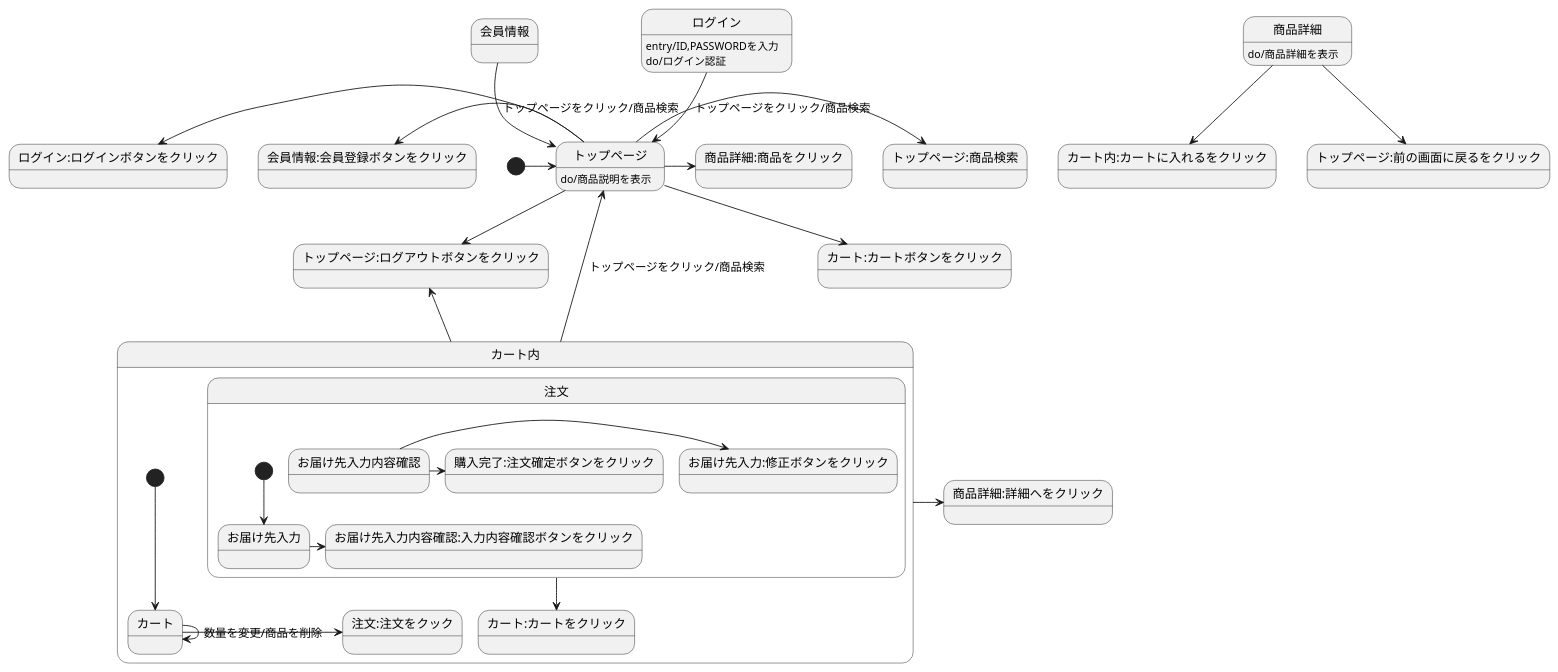
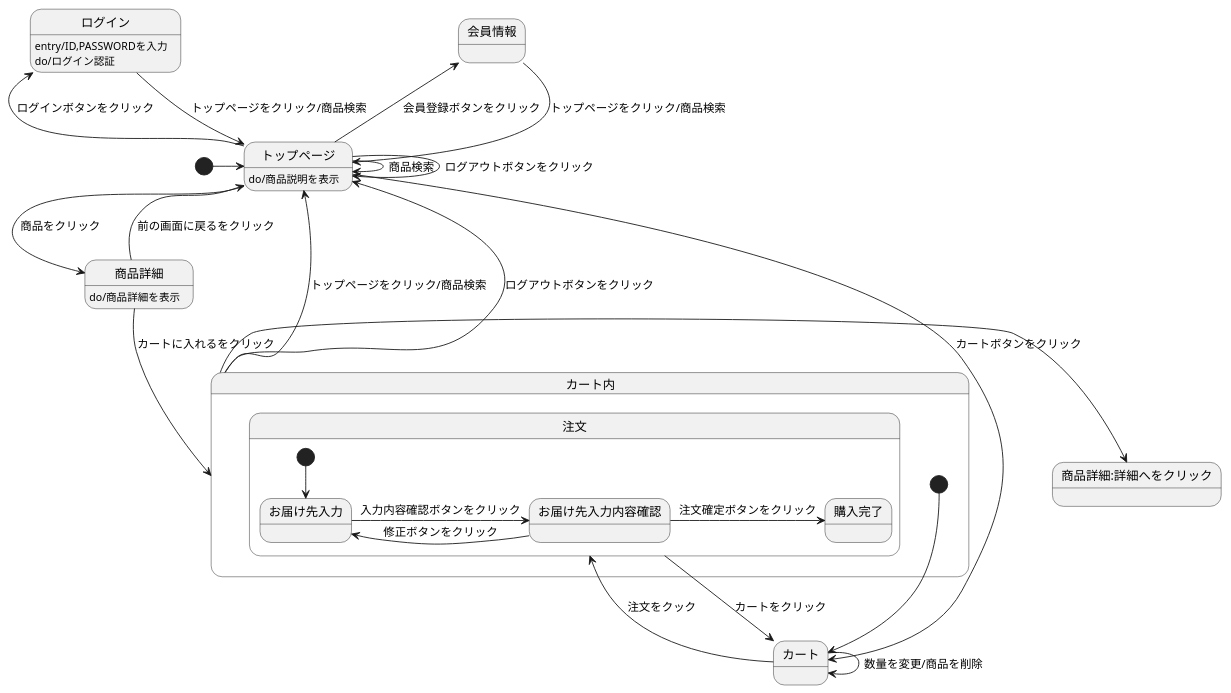
Before and after one commit to Aso2001194/2021sys-design: the diagram in seni.md, drawn with PlantUML.

````diff
--- a/seni.md
+++ b/seni.md
@@ -1,35 +1,35 @@
 ```uml
 @startuml
 [*] -> トップページ
-会員情報 --> トップページ:トップページをクリック/商品検索
-ログイン --> トップページ:トップページをクリック/商品検索
-ログイン:entry/ID,PASSWORDを入力
-ログイン:do/ログイン認証
-トップページ --> トップページ:ログアウトボタンをクリック
-トップページ -> トップページ:商品検索
-トップページ -> 商品詳細:商品をクリック
-トップページ -left-> 会員情報:会員登録ボタンをクリック
-トップページ -left-> ログイン:ログインボタンをクリック
-トップページ --> カート:カートボタンをクリック
-トップページ:do/商品説明を表示
-商品詳細 --> カート内:カートに入れるをクリック
-商品詳細 --> トップページ:前の画面に戻るをクリック
-商品詳細:do/商品詳細を表示
-カート内 -up-> トップページ:トップページをクリック/商品検索
-カート内 -up-> トップページ:ログアウトボタンをクリック
+会員情報 --> トップページ : トップページをクリック/商品検索
+ログイン --> トップページ  : トップページをクリック/商品検索
+ログイン : entry/ID,PASSWORDを入力
+ログイン : do/ログイン認証
+トップページ --> トップページ : ログアウトボタンをクリック
+トップページ -> トップページ : 商品検索
+トップページ -> 商品詳細 : 商品をクリック
+トップページ -left-> 会員情報 : 会員登録ボタンをクリック
+トップページ -left-> ログイン : ログインボタンをクリック
+トップページ --> カート : カートボタンをクリック
+トップページ : do/商品説明を表示
+商品詳細 --> カート内 : カートに入れるをクリック
+商品詳細 --> トップページ : 前の画面に戻るをクリック
+商品詳細 : do/商品詳細を表示
+カート内 -up-> トップページ : トップページをクリック/商品検索
+カート内 -up-> トップページ : ログアウトボタンをクリック
 カート内 -> 商品詳細:詳細へをクリック
 
 state カート内{
  [*] --> カート
- カート -> 注文:注文をクック
- カート -> カート:数量を変更/商品を削除
- 注文 --> カート:カートをクリック
+ カート -> 注文 : 注文をクック
+ カート -> カート : 数量を変更/商品を削除
+ 注文 --> カート : カートをクリック
  state 注文{
   [*] --> お届け先入力
-  お届け先入力 -> お届け先入力内容確認:入力内容確認ボタンをクリック
-  お届け先入力内容確認 -> お届け先入力:修正ボタンをクリック
-  お届け先入力内容確認 -> 購入完了:注文確定ボタンをクリック
+  お届け先入力 -> お届け先入力内容確認 : 入力内容確認ボタンをクリック
+  お届け先入力内容確認 -> お届け先入力 : 修正ボタンをクリック
+  お届け先入力内容確認 -> 購入完了 : 注文確定ボタンをクリック
  }
 }
 @enduml
 ```
````
